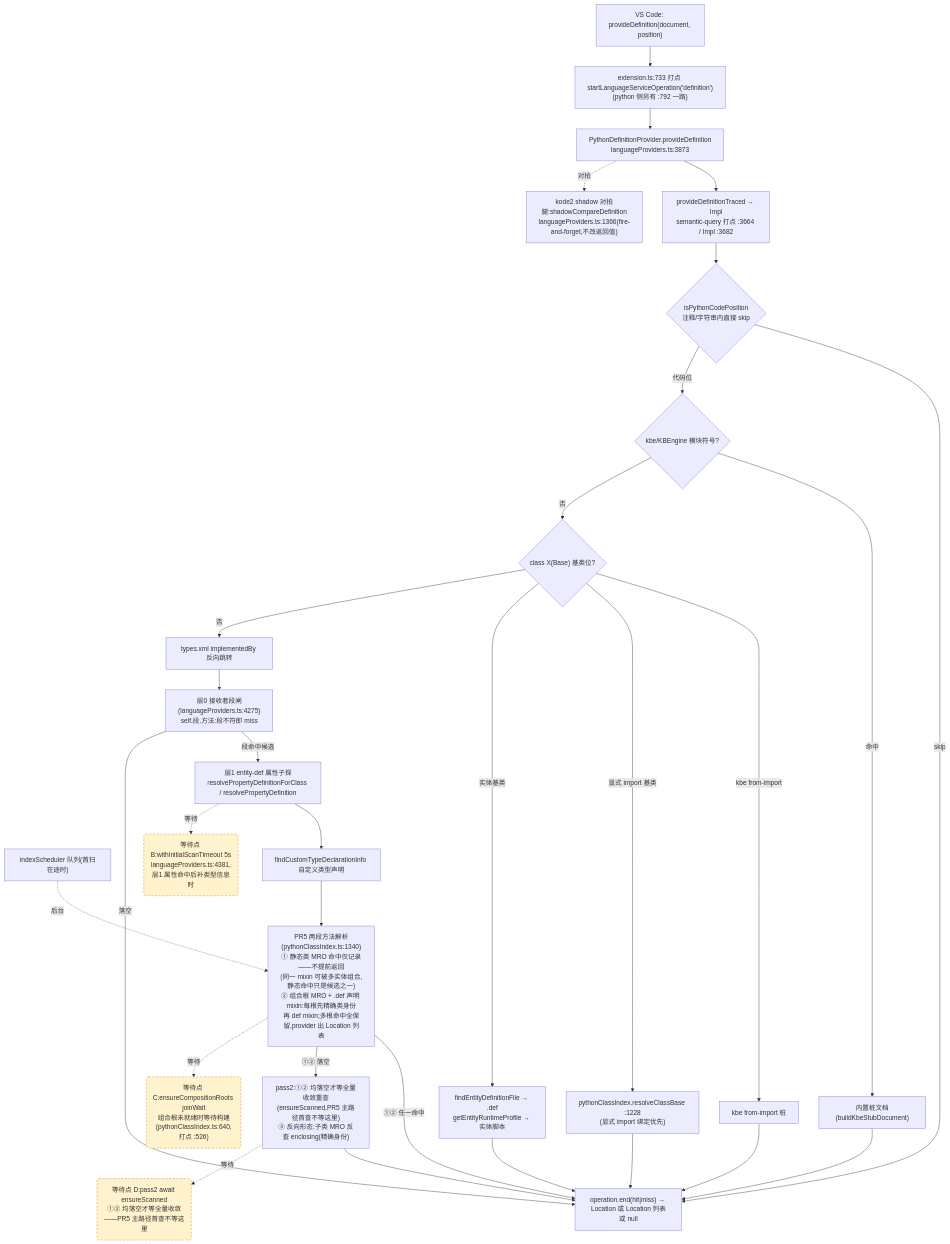
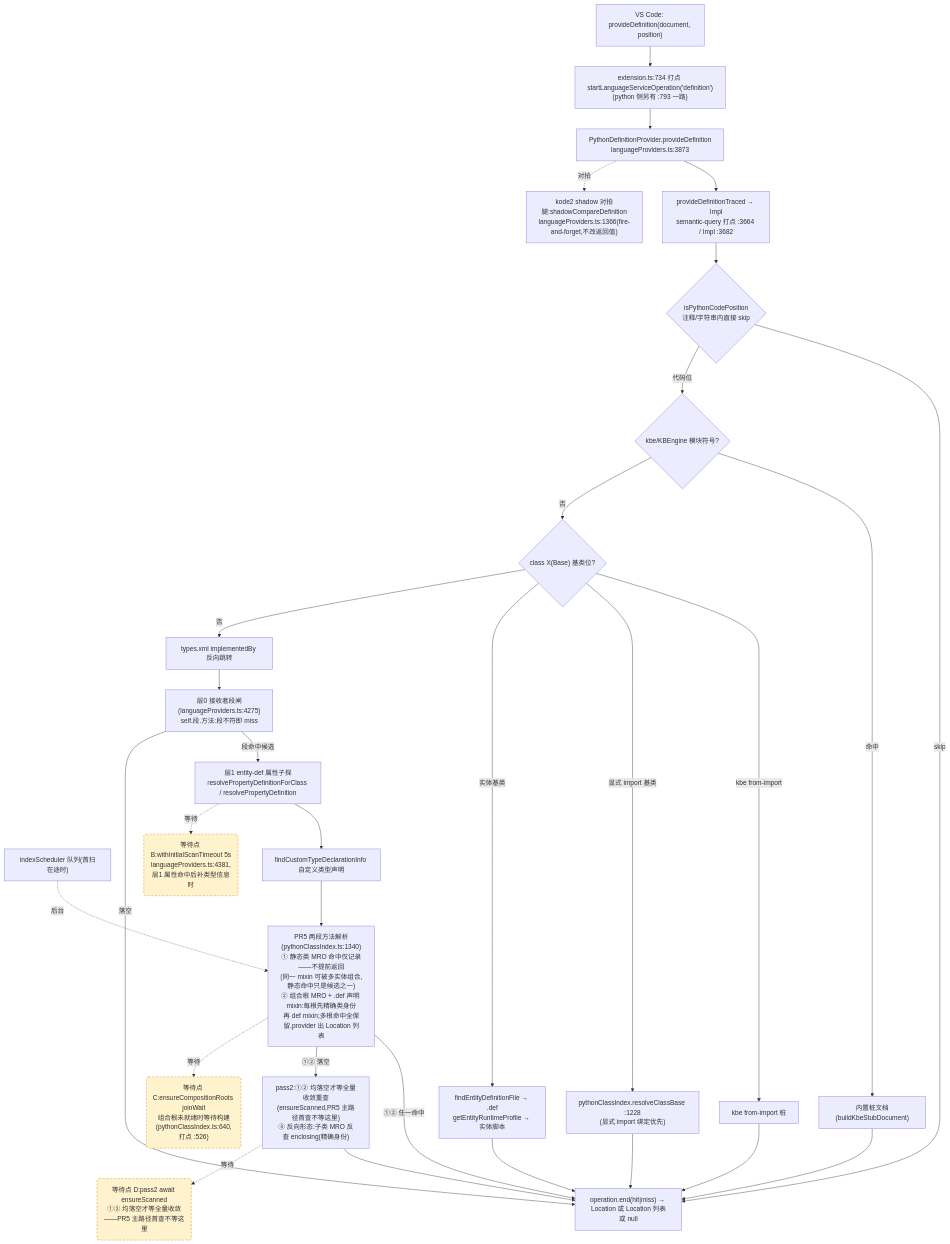
The second of 4 diagrams in docs/perf/2026-baseline.md (cuihairu/kode), drawn with Mermaid before and after one commit. The commit also changed other lines of this file and 12 other files, not shown here.

````diff
--- a/docs/perf/2026-baseline.md
+++ b/docs/perf/2026-baseline.md
@@ -130,51 +130,51 @@
 ```mermaid
 flowchart TD
   VC2["VS Code: provideDefinition(document, position)"]
-  M2["extension.ts:733 打点 startLanguageServiceOperation('definition')<br/>(python 侧另有 :792 一路)"]
+  M2["extension.ts:734 打点 startLanguageServiceOperation('definition')<br/>(python 侧另有 :793 一路)"]
   AD2["PythonDefinitionProvider.provideDefinition<br/>languageProviders.ts:3873"]
   TR["provideDefinitionTraced → Impl<br/>semantic-query 打点 :3664 / Impl :3682"]
   CTX{"isPythonCodePosition<br/>注释/字符串内直接 skip"}
   KBE{"kbe/KBEngine 模块符号?"}
   STUB["内置桩文档(buildKbeStubDocument)"]
   CB{"class X(Base) 基类位?"}
   CB1["kbe from-import 桩"]
   CB2["pythonClassIndex.resolveClassBase :1228<br/>(显式 import 绑定优先)"]
   CB3["findEntityDefinitionFile → .def<br/>getEntityRuntimeProfile → 实体脚本"]
   REV["types.xml implementedBy 反向跳转"]
   L0["层0 接收者段闸(languageProviders.ts:4275)<br/>self.段.方法:段不符即 miss"]
   L1["层1 entity-def 属性子探<br/>resolvePropertyDefinitionForClass / resolvePropertyDefinition"]
   SCAN["indexScheduler 队列(首扫在途时)"]
   TY["findCustomTypeDeclarationInfo 自定义类型声明"]
   MRO["PR5 两段方法解析(pythonClassIndex.ts:1340)<br/>① 静态类 MRO 命中仅记录——不提前返回<br/>(同一 mixin 可被多实体组合,静态命中只是候选之一)<br/>② 组合根 MRO + .def 声明 mixin:每根先精确类身份<br/>再 def mixin;多根命中全保留,provider 出 Location 列表"]
   PASS2["pass2:①② 均落空才等全量收敛重查<br/>(ensureScanned,PR5 主路径首查不等这里)<br/>③ 反向形态:子类 MRO 反查 enclosing(精确身份)"]
   SHD["kode2 shadow 对拍腿:shadowCompareDefinition<br/>languageProviders.ts:1366(fire-and-forget,不改返回值)"]
   END2["operation.end(hit|miss) → Location 或 Location 列表或 null"]
 
   VC2 --> M2 --> AD2 --> TR --> CTX
   CTX -- "skip" --> END2
   CTX -- "代码位" --> KBE
   KBE -- "命中" --> STUB --> END2
   KBE -- "否" --> CB
   CB -- "kbe from-import" --> CB1 --> END2
   CB -- "显式 import 基类" --> CB2 --> END2
   CB -- "实体基类" --> CB3 --> END2
   CB -- "否" --> REV --> L0
   L0 -- "段命中候选" --> L1
   L0 -- "落空" --> END2
   L1 --> TY
   TY --> MRO
   MRO -- "①② 任一命中" --> END2
   MRO -- "①② 落空" --> PASS2 --> END2
   AD2 -.->|对拍| SHD
 
   WAITB("等待点 B:withInitialScanTimeout 5s<br/>languageProviders.ts:4381,层1 属性命中后补类型信息时")
   WAITC("等待点 C:ensureCompositionRoots joinWait<br/>组合根未就绪时等待构建(pythonClassIndex.ts:640,打点 :526)")
   WAITD("等待点 D:pass2 await ensureScanned<br/>①② 均落空才等全量收敛——PR5 主路径首查不等这里")
   L1 -.->|等待| WAITB
   MRO -.->|等待| WAITC
   PASS2 -.->|等待| WAITD
   SCAN -.->|后台| MRO
 
   classDef waitPoint fill:#fff3cd,stroke:#d97706,stroke-dasharray:5 4;
   class WAITB,WAITC,WAITD waitPoint;
 ```
````
